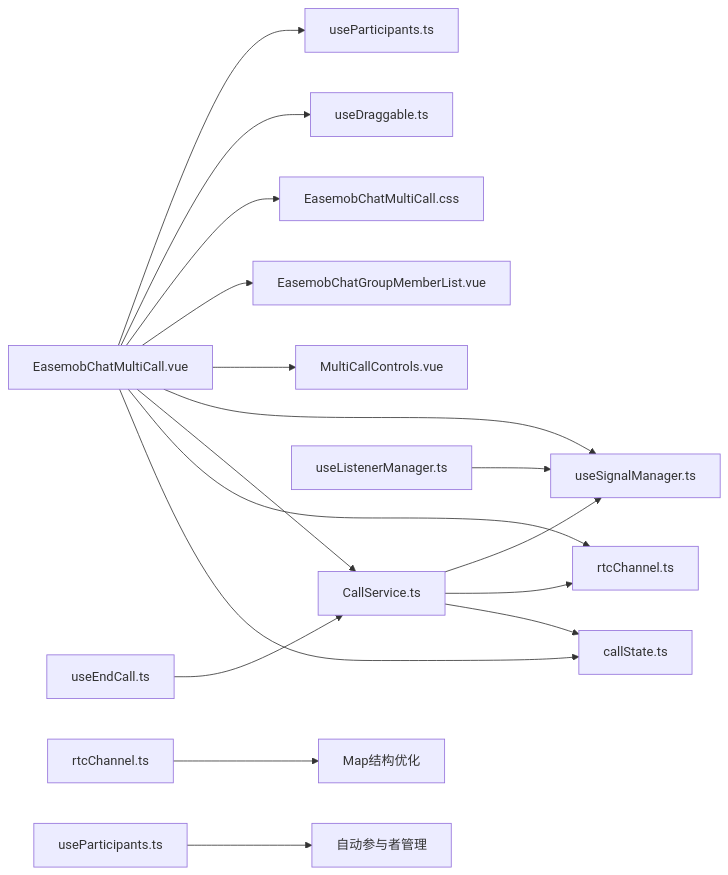
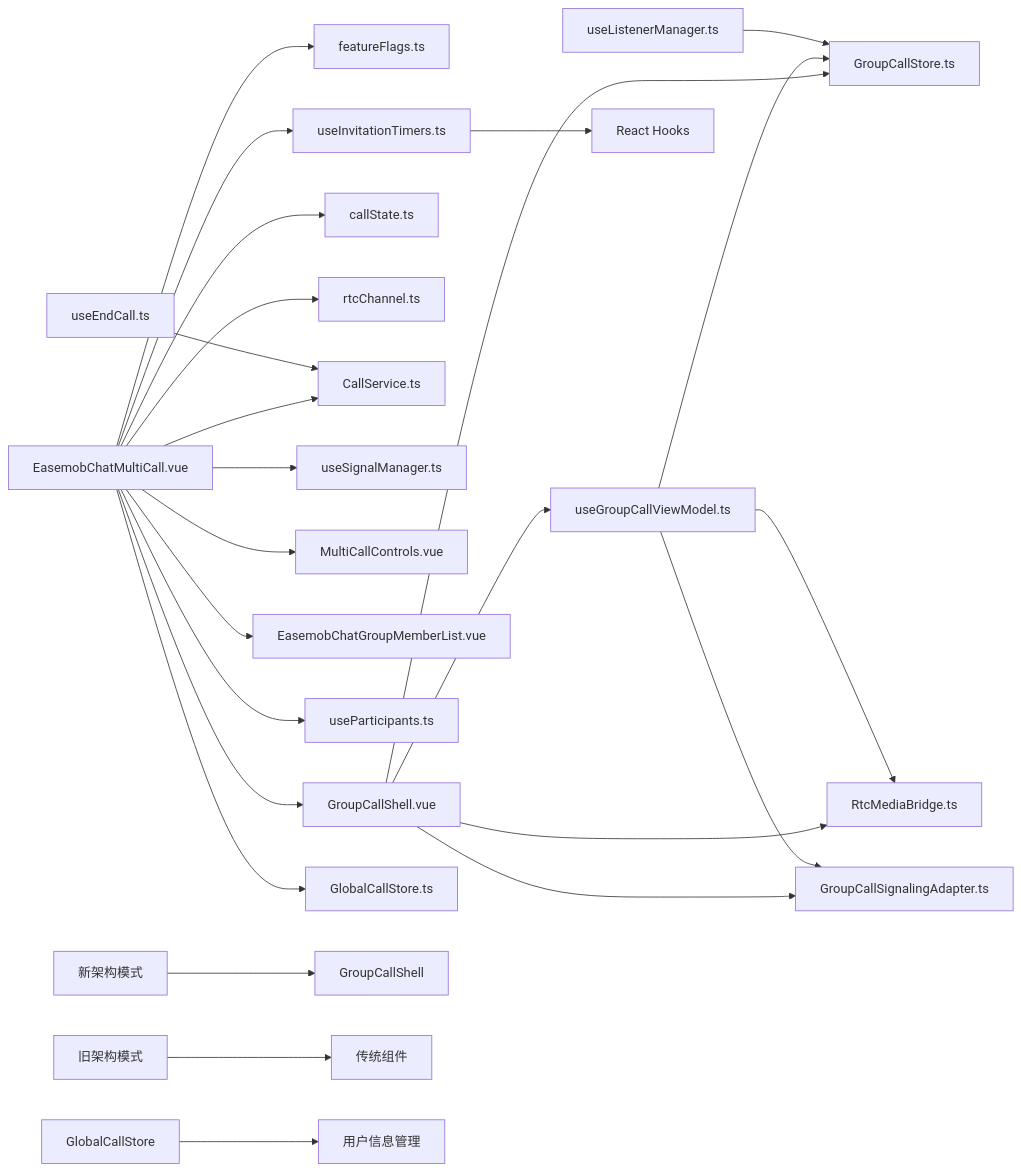
Before and after one commit to Easemob-Community/easemob-uikit-callkit-vue3: the third of 3 diagrams in .qoder/repowiki/zh/content/核心组件/群组通话组件/主组件 EasemobChatMultiCall.md, drawn with Mermaid. The commit also changed other lines of this file and 54 other files, not shown here.

First line of the commit message:
refactor: 清理废弃代码 + 移出 RtcService 实例 + API 便捷性优化

````diff
--- a/.qoder/repowiki/zh/content/核心组件/群组通话组件/主组件 EasemobChatMultiCall.md
+++ b/.qoder/repowiki/zh/content/核心组件/群组通话组件/主组件 EasemobChatMultiCall.md
@@ -253,19 +512,27 @@
 ```mermaid
 graph LR
-A["EasemobChatMultiCall.vue"] --> B["callState.ts"]
-A --> C["rtcChannel.ts"]
-A --> D["CallService.ts"]
-A --> E["useSignalManager.ts"]
-A --> F["MultiCallControls.vue"]
-A --> G["EasemobChatGroupMemberList.vue"]
-A --> H["EasemobChatMultiCall.css"]
-A --> I["useDraggable.ts"]
+A["EasemobChatMultiCall.vue"] --> B["featureFlags.ts"]
+A --> C["GroupCallShell.vue"]
+A --> D["callState.ts"]
+A --> E["rtcChannel.ts"]
+A --> F["CallService.ts"]
+A --> G["useSignalManager.ts"]
+A --> H["MultiCallControls.vue"]
+A --> I["EasemobChatGroupMemberList.vue"]
 A --> J["useParticipants.ts"]
-D --> B
-D --> C
-D --> E
-K["useListenerManager.ts"] --> E
-L["useEndCall.ts"] --> D
-M["rtcChannel.ts"] --> N["Map结构优化"]
-O["useParticipants.ts"] --> P["自动参与者管理"]
+A --> K["useInvitationTimers.ts"]
+A --> L["GlobalCallStore.ts"]
+C --> M["useGroupCallViewModel.ts"]
+C --> N["GroupCallStore.ts"]
+C --> O["RtcMediaBridge.ts"]
+C --> P["GroupCallSignalingAdapter.ts"]
+M --> N
+M --> O
+M --> P
+Q["useListenerManager.ts"] --> N
+R["useEndCall.ts"] --> F
+S["新架构模式"] --> T["GroupCallShell"]
+U["旧架构模式"] --> V["传统组件"]
+W["GlobalCallStore"] --> X["用户信息管理"]
+K --> Y["React Hooks"]
 ```
````
